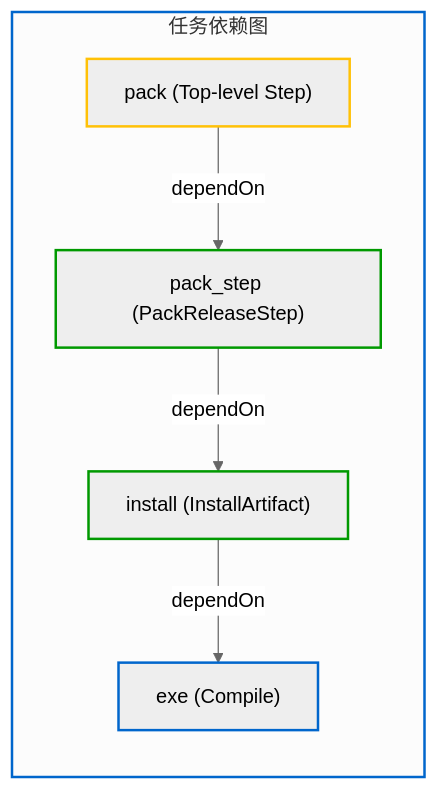
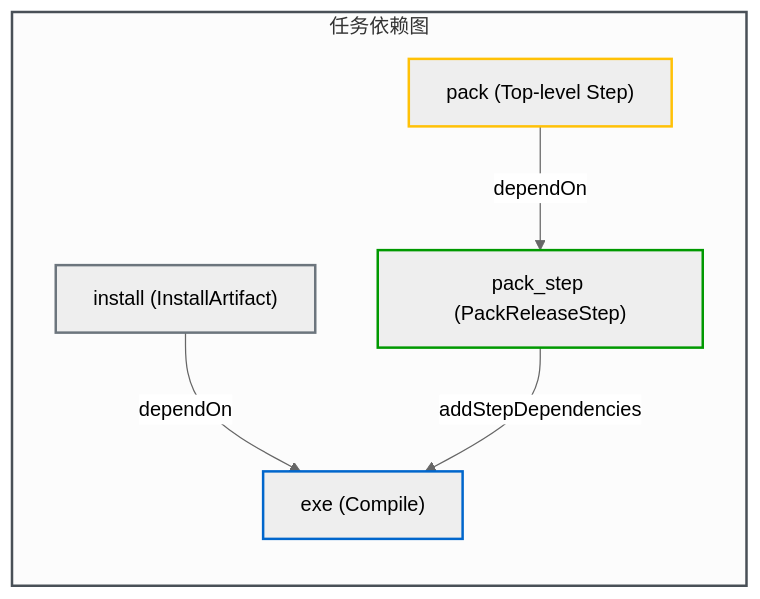
One commit to jiacai2050/x changed the second of 2 diagrams in zig-build/src/api/custom-steps.md. Above: the diagram before and after it, drawn with Mermaid (neutral theme). The commit also changed other lines of this file and 5 other files, not shown here.

````diff
--- a/zig-build/src/api/custom-steps.md
+++ b/zig-build/src/api/custom-steps.md
@@ -178,20 +191,19 @@
 ```mermaid
-graph LR
+flowchart LR
     subgraph S_DAG ["任务依赖图"]
         Exe["exe (Compile)"]
         Install["install (InstallArtifact)"]
         Pack["pack_step (PackReleaseStep)"]
         TopPack["pack (Top-level Step)"]
 
         Install -- "dependOn" --> Exe
-        Pack -- "dependOn" --> Install
+        Pack -- "addStepDependencies" --> Exe
         TopPack -- "dependOn" --> Pack
     end
 
-    classDef default stroke:#495057;
-    style S_DAG stroke:#0066cc,stroke-width:2px;
+    style S_DAG stroke:#495057,stroke-width:2px;
     style Exe stroke:#0066cc,stroke-width:2px;
-    style Install stroke:#009900,stroke-width:2px;
+    style Install stroke:#6c757d,stroke-width:2px;
     style Pack stroke:#009900,stroke-width:2px;
     style TopPack stroke:#ffc107,stroke-width:2px;
 ```
````
